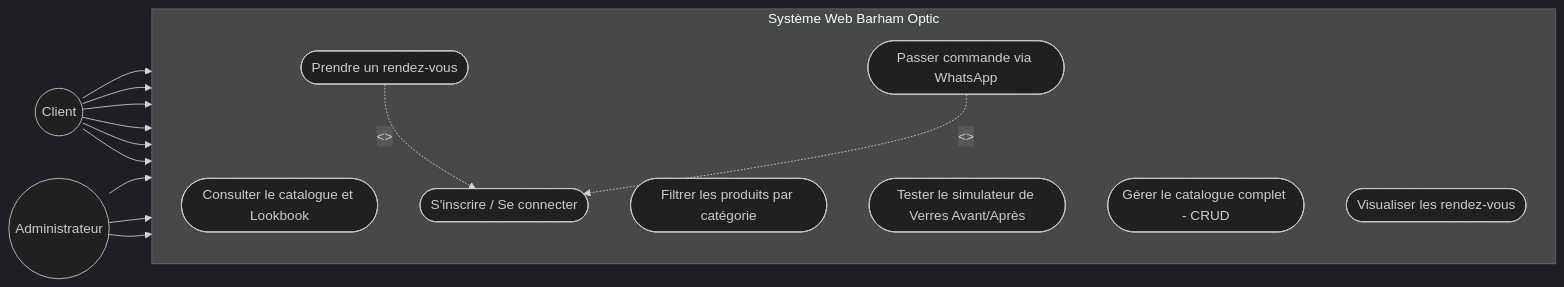
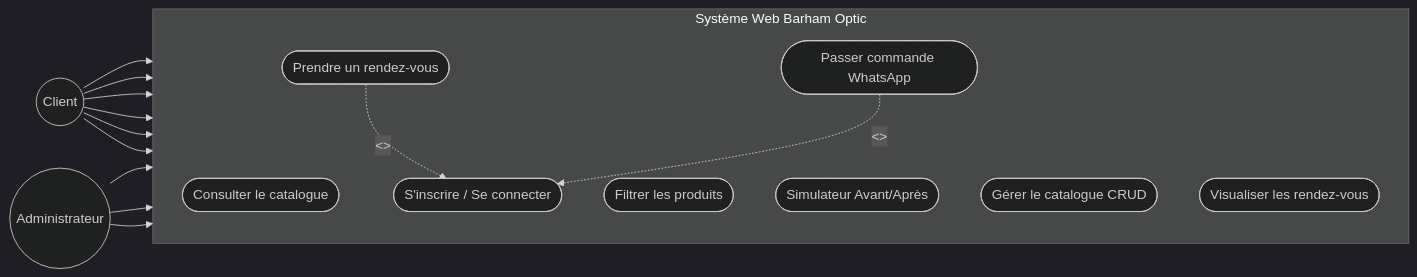
Before and after one commit to Midousy92/Barham_Optic: the first of 6 diagrams in Memoire_Complet_Barham_Optic.md, drawn with Mermaid (dark theme). The commit also changed other lines of this file and 14 other files, not shown here.

````diff
--- a/Memoire_Complet_Barham_Optic.md
+++ b/Memoire_Complet_Barham_Optic.md
@@ -154,31 +154,31 @@
 ```mermaid
 flowchart LR
     Client((Client))
     Admin((Administrateur))
     
     subgraph "Système Web Barham Optic"
         direction TB
-        uc1([Consulter le catalogue et Lookbook])
-        uc2([Filtrer les produits par catégorie])
-        uc3([Tester le simulateur de Verres Avant/Après])
+        uc1([Consulter le catalogue])
+        uc2([Filtrer les produits])
+        uc3([Simulateur Avant/Après])
         uc4([S'inscrire / Se connecter])
         uc5([Prendre un rendez-vous])
-        uc6([Passer commande via WhatsApp])
-        uc7([Gérer le catalogue complet - CRUD])
+        uc6([Passer commande WhatsApp])
+        uc7([Gérer le catalogue CRUD])
         uc8([Visualiser les rendez-vous])
     end
     
     Client --> uc1
     Client --> uc2
     Client --> uc3
     Client --> uc4
     Client --> uc5
     Client --> uc6
     
     uc5 -. "<<include>>" .-> uc4
     uc6 -. "<<extend>>" .-> uc4
     
     Admin --> uc4
     Admin --> uc7
     Admin --> uc8
 ```
````
